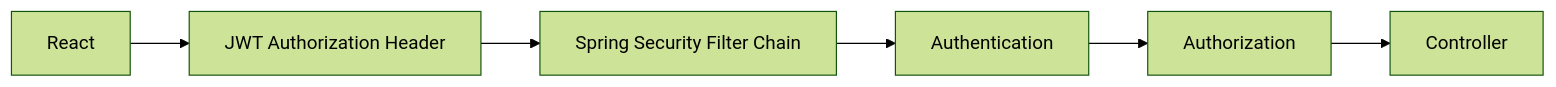
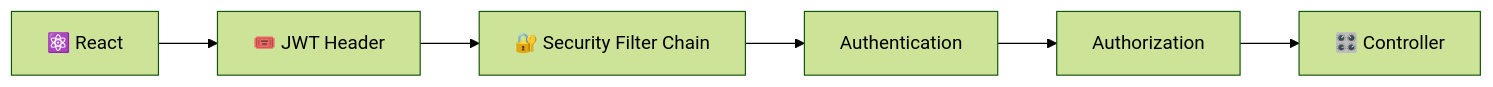
Before and after one commit to Sahil2u47/smart_parking_system_frontend: the seventh of 9 diagrams in README.md, drawn with Mermaid (forest theme). The commit also changed other lines of this file, not shown here.

````diff
--- a/README.md
+++ b/README.md
@@ -265,4 +377,4 @@
 ```mermaid
 flowchart LR
-    A["React"] --> B["JWT Authorization Header"] --> C["Spring Security Filter Chain"] --> D["Authentication"] --> E["Authorization"] --> F["Controller"]
+    A["⚛️ React"] --> B["🎟️ JWT Header"] --> C["🔐 Security Filter Chain"] --> D["Authentication"] --> E["Authorization"] --> F["🎛️ Controller"]
 ```
````
